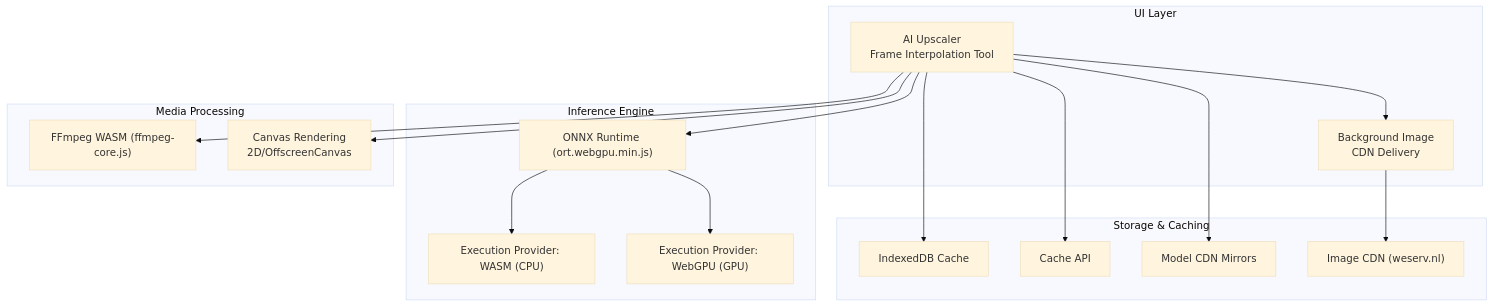
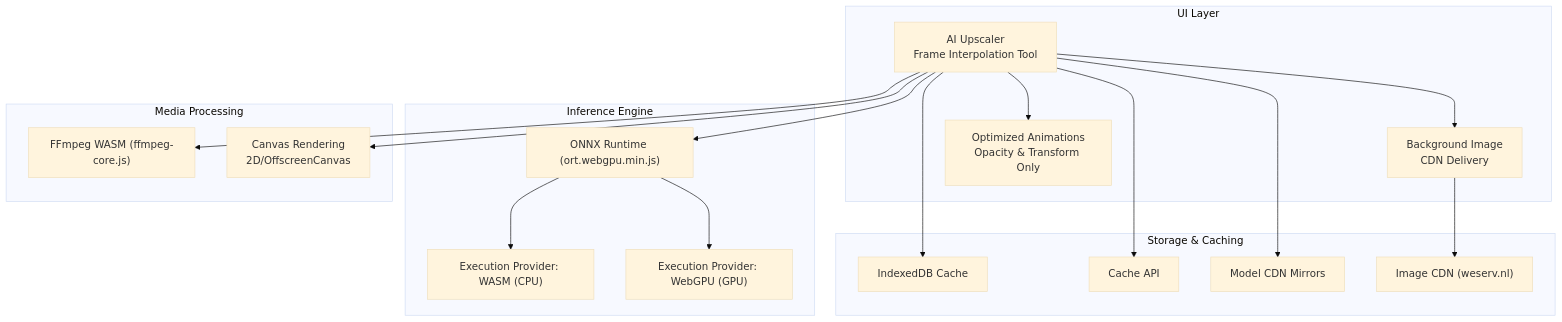
Before and after one commit to treasureGrove/TAWEBTOOL: the first of 8 diagrams in .qoder/repowiki/en/content/Technical Implementation/Performance Optimization.md, drawn with Mermaid (base theme). The commit also changed other lines of this file and 101 other files, not shown here.

````diff
--- a/.qoder/repowiki/en/content/Technical Implementation/Performance Optimization.md
+++ b/.qoder/repowiki/en/content/Technical Implementation/Performance Optimization.md
@@ -44,32 +52,34 @@
 ```mermaid
 graph TB
 subgraph "UI Layer"
 UI["AI Upscaler<br/>Frame Interpolation Tool"]
 BG["Background Image<br/>CDN Delivery"]
+ANIM["Optimized Animations<br/>Opacity & Transform Only"]
 end
 subgraph "Inference Engine"
 ORT["ONNX Runtime (ort.webgpu.min.js)"]
 EP_CPU["Execution Provider: WASM (CPU)"]
 EP_GPU["Execution Provider: WebGPU (GPU)"]
 end
 subgraph "Media Processing"
 FFMPEG["FFmpeg WASM (ffmpeg-core.js)"]
 CANVAS["Canvas Rendering<br/>2D/OffscreenCanvas"]
 end
 subgraph "Storage & Caching"
 IDB["IndexedDB Cache"]
 CACHE_API["Cache API"]
 CDN["Model CDN Mirrors"]
 IMG_CDN["Image CDN (weserv.nl)"]
 end
 UI --> ORT
 UI --> FFMPEG
 UI --> CANVAS
 UI --> BG
+UI --> ANIM
 BG --> IMG_CDN
 ORT --> EP_CPU
 ORT --> EP_GPU
 UI --> IDB
 UI --> CACHE_API
 UI --> CDN
 ```
````
